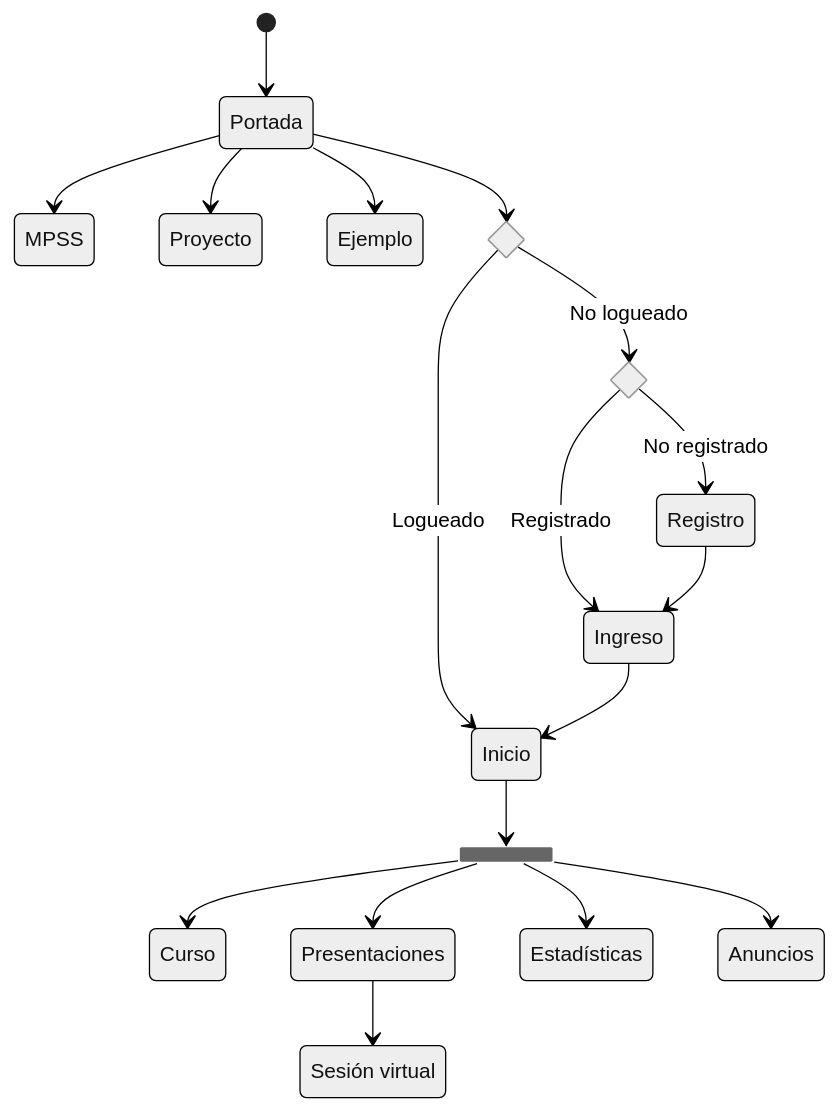
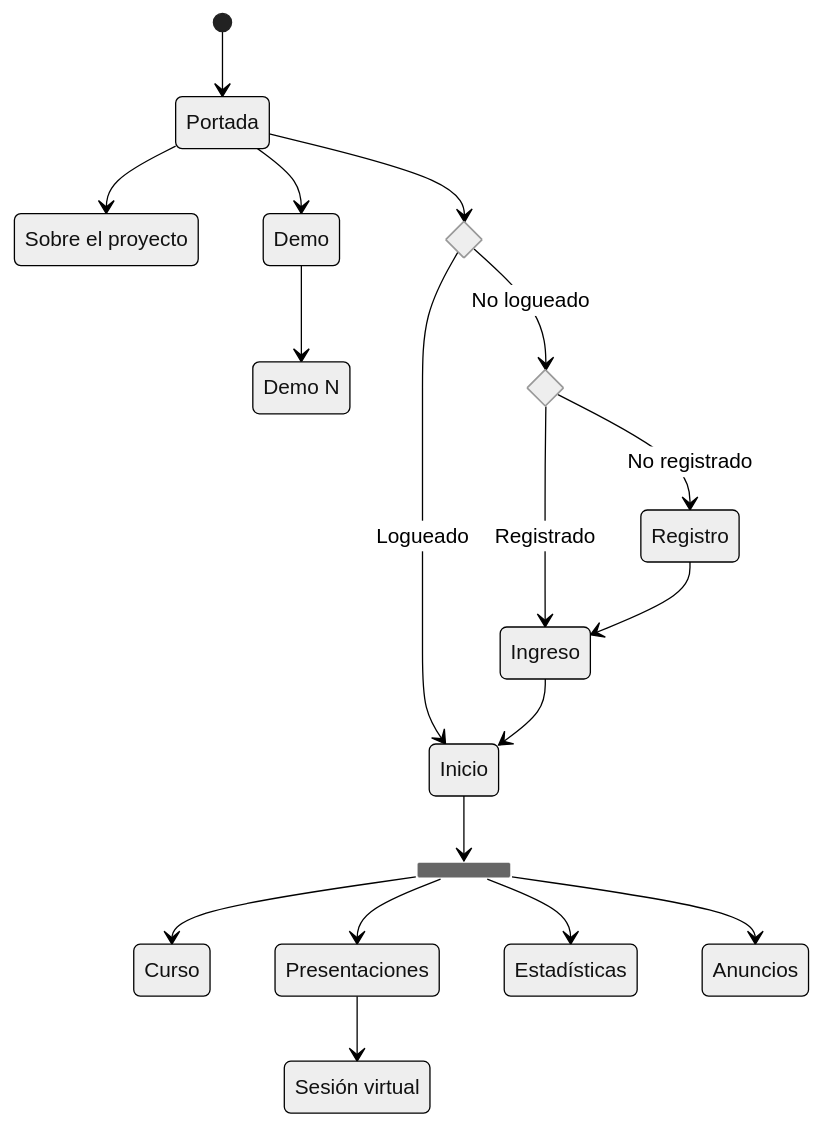
One commit to fabianabarca/presentaciones changed the diagram in MODELS.md. Above: the diagram before and after it, drawn with Mermaid (neutral theme).

````diff
--- a/MODELS.md
+++ b/MODELS.md
@@ -25,36 +25,36 @@
 ```mermaid
 stateDiagram-v2
     por : Portada
-    mod : MPSS
-    pro : Proyecto
-    eje : Ejemplo
+    pro : Sobre el proyecto
+    dem : Demo
+    den : Demo N
     reg : Registro
     ing : Ingreso
     ini : Inicio
     cur : Curso
     pre : Presentaciones
     ses : Sesión virtual
     est : Estadísticas
     anu : Anuncios
     state log <<choice>>
     state usu <<choice>>
     state men <<fork>>
 
     [*] --> por
-    por --> eje
-    por --> mod
+    por --> dem
+    dem --> den
     por --> pro
     por --> log
     log --> ini : Logueado
     log --> usu : No logueado
     usu --> ing : Registrado
     usu --> reg : No registrado
     ing --> ini
     reg --> ing
     ini --> men
     men --> cur
     men --> pre
     pre --> ses
     men --> est
     men --> anu
 ```
````
